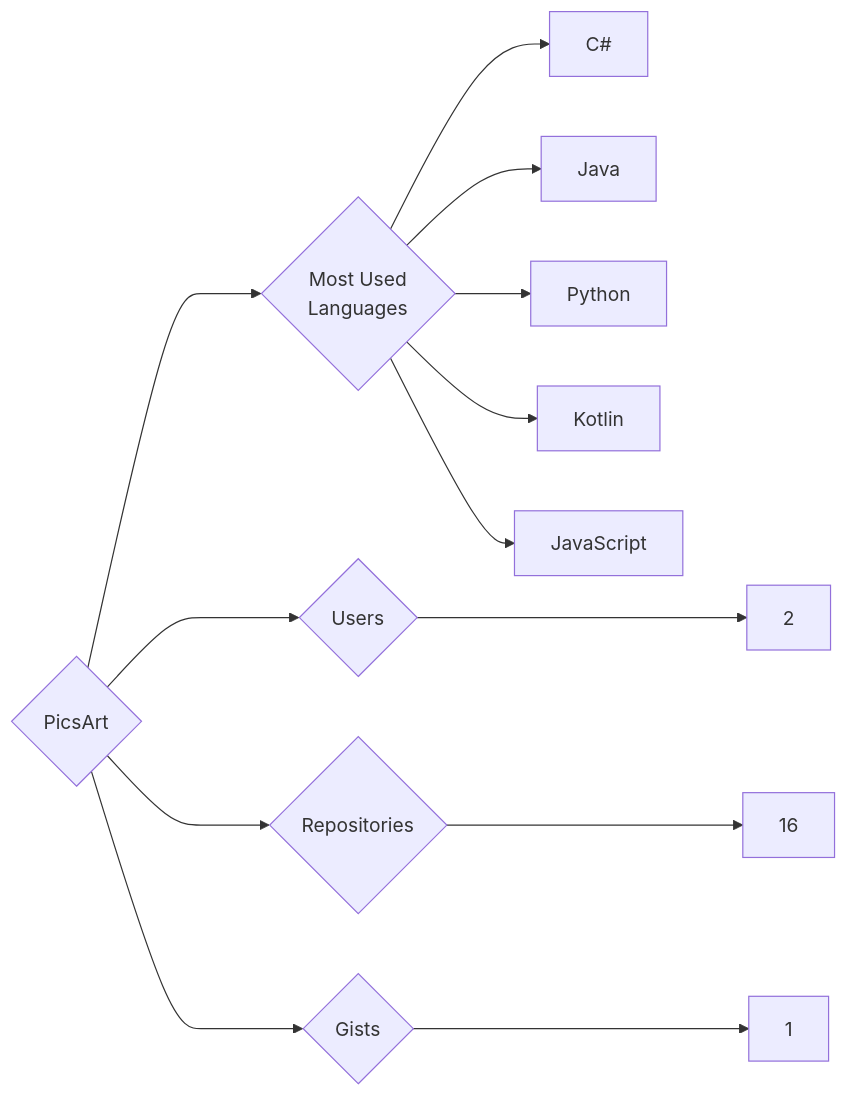
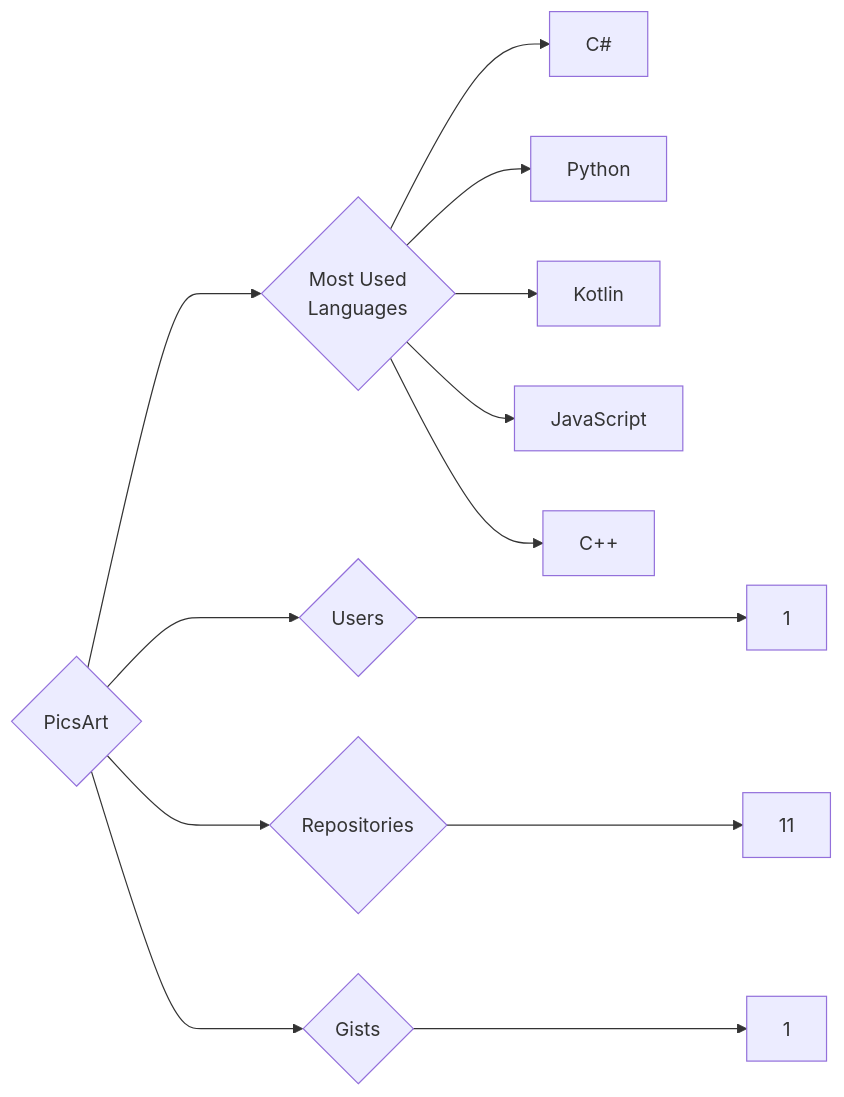
One commit to trickest/insiders changed the diagram in targets/PicsArt/README.md. Above: the diagram before and after it, drawn with Mermaid. The commit also changed 797 other files, not shown here.

````diff
--- a/targets/PicsArt/README.md
+++ b/targets/PicsArt/README.md
@@ -3,13 +3,13 @@
 ```mermaid
 graph LR
 COMPANY_NAME{PicsArt}
-COMPANY_NAME ---> U{Users} ---> UN[2]
-COMPANY_NAME ---> R{Repositories} ---> RN[16]
+COMPANY_NAME ---> U{Users} ---> UN[1]
+COMPANY_NAME ---> R{Repositories} ---> RN[11]
 COMPANY_NAME ---> G{Gists} ---> GN[1]
 COMPANY_NAME ---> ML{Most Used<br>Languages}
 ML --> C#[C#]
-ML --> Java[Java]
 ML --> Python[Python]
 ML --> Kotlin[Kotlin]
 ML --> JavaScript[JavaScript]
+ML --> C++[C++]
 ```
````
